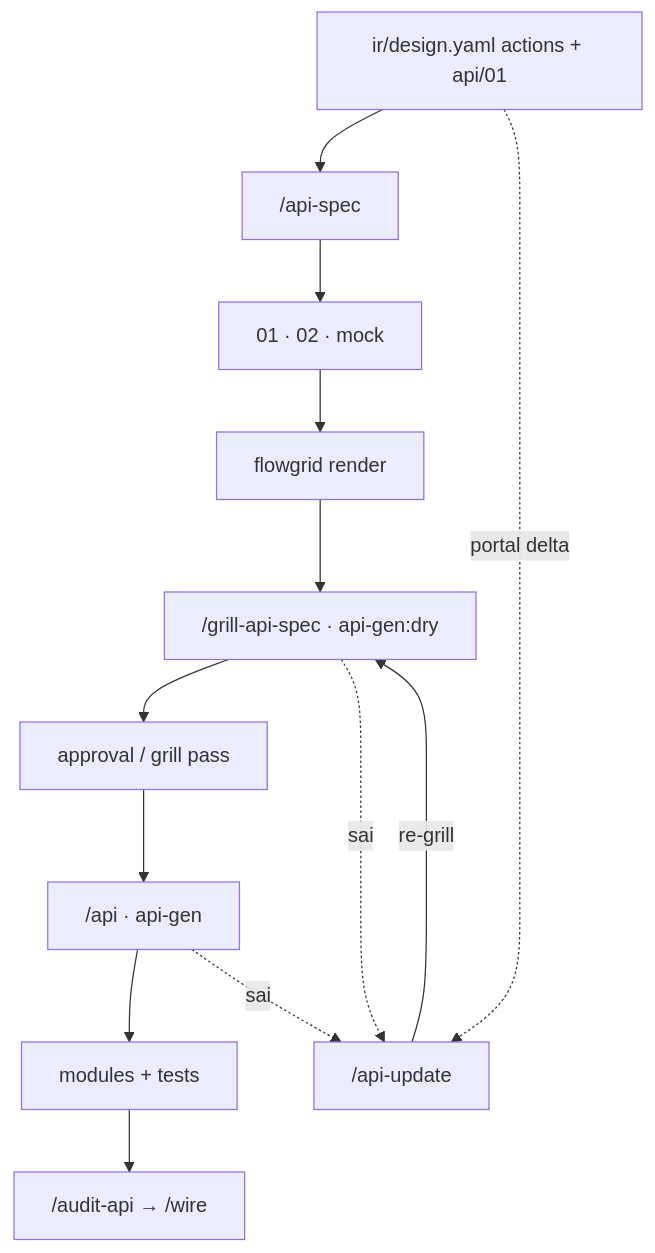
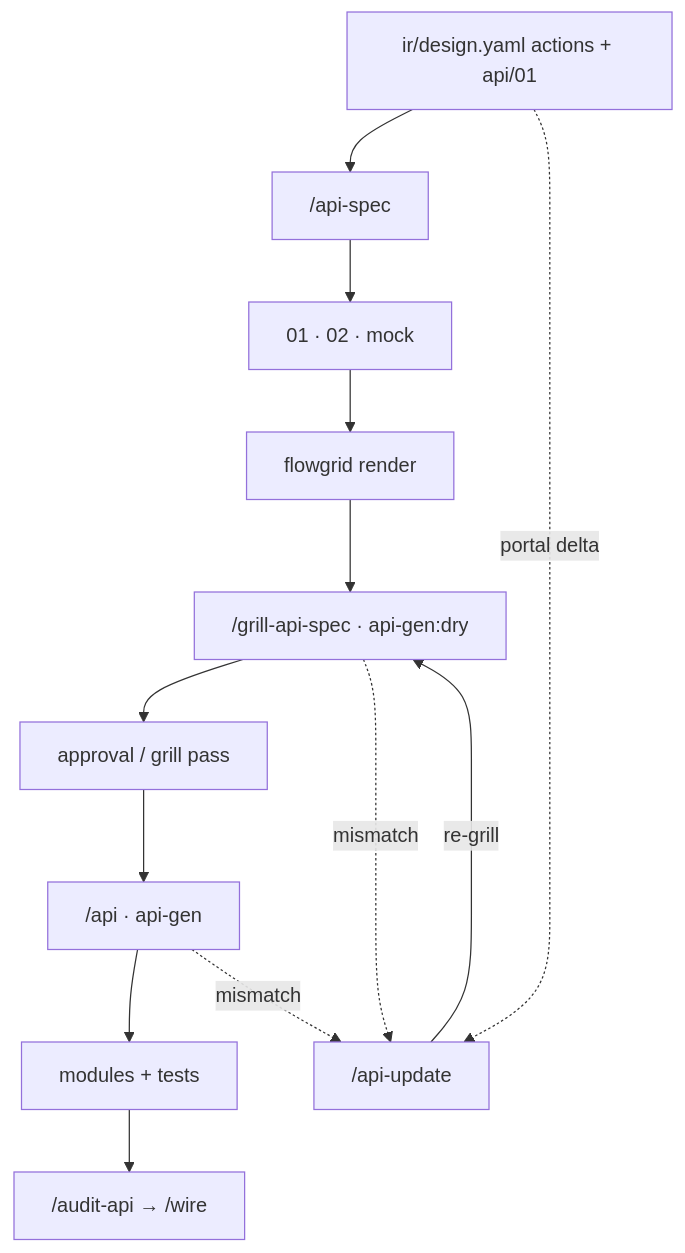
The second of 3 diagrams in workflows/backend.md (ShanYuCoder/flowgrid-docs), drawn with Mermaid before and after one commit. The commit also changed other lines of this file and 348 other files, not shown here.

````diff
--- a/workflows/backend.md
+++ b/workflows/backend.md
@@ -70,16 +70,16 @@
 ```mermaid
 flowchart TD
   PS["ir/design.yaml actions + api/01"] --> S1["/api-spec"]
   S1 --> O1["01 · 02 · mock"]
   O1 --> DR["flowgrid render"]
   DR --> S2["/grill-api-spec · api-gen:dry"]
   S2 --> APR["approval / grill pass"]
   APR --> C["/api · api-gen"]
   C --> CODE["modules + tests"]
   CODE --> OUT["/audit-api → /wire"]
   US["/api-update"]
   PS -.->|portal delta| US
-  S2 -.->|sai| US
-  C -.->|sai| US
+  S2 -.->|mismatch| US
+  C -.->|mismatch| US
   US -->|re-grill| S2
 ```
````
